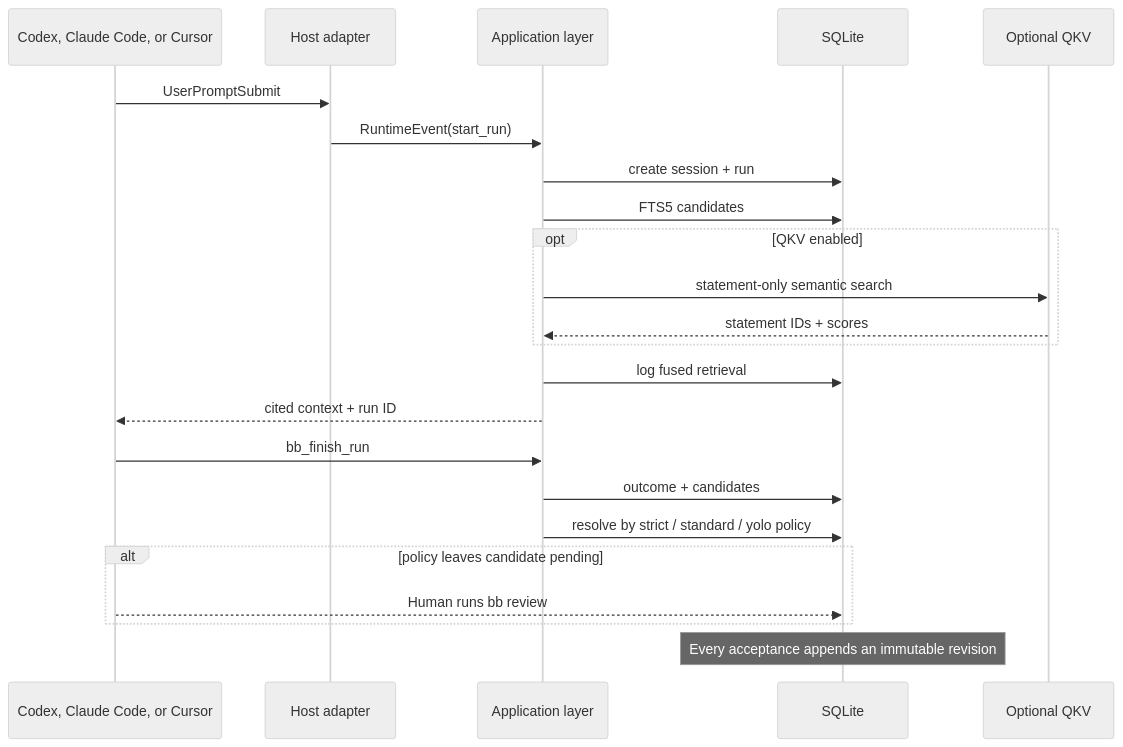
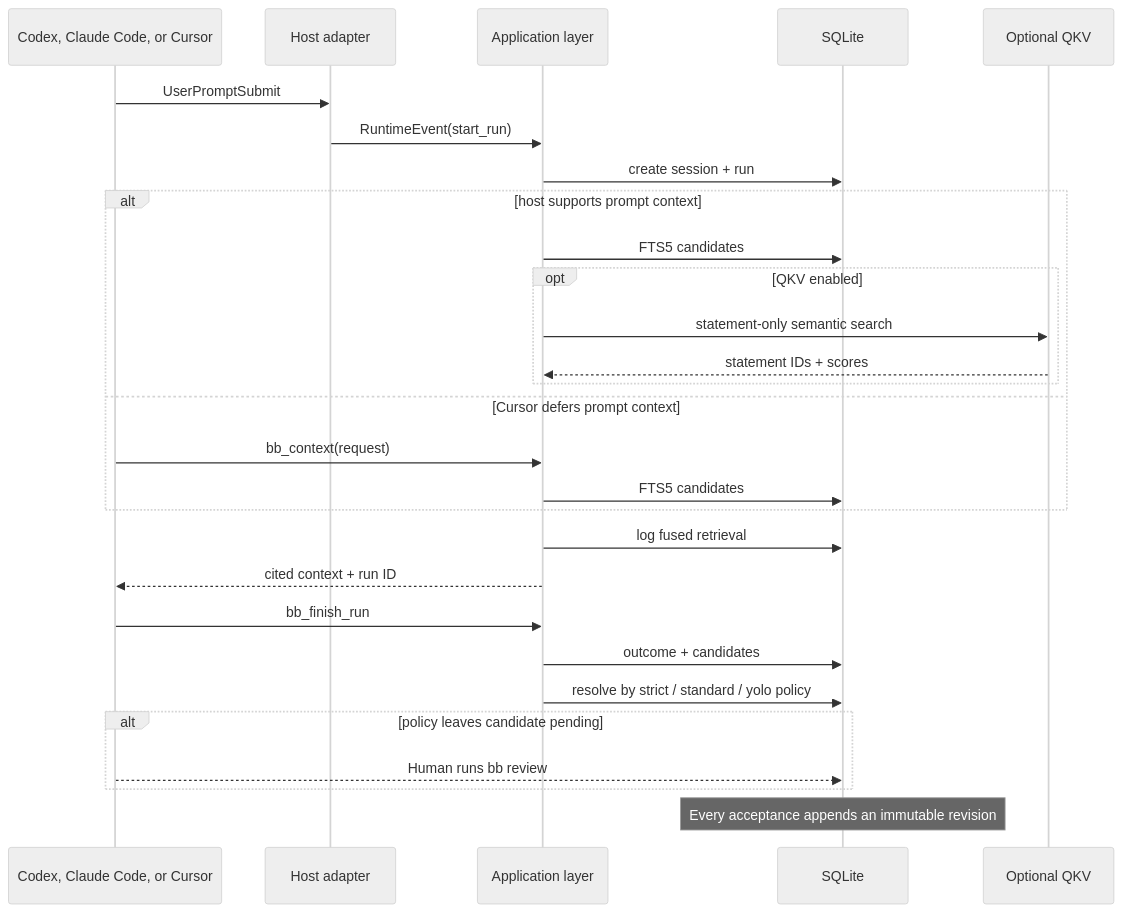
The second of 2 diagrams in docs/ARCHITECTURE.md (BreadBowlAI/bb-code), drawn with Mermaid (neutral theme) before and after one commit. The commit also changed other lines of this file and 33 other files, not shown here.

````diff
--- a/docs/ARCHITECTURE.md
+++ b/docs/ARCHITECTURE.md
@@ -91,26 +109,31 @@
 ```mermaid
 sequenceDiagram
   participant Host as Codex, Claude Code, or Cursor
   participant Adapter as Host adapter
   participant App as Application layer
   participant DB as SQLite
   participant QKV as Optional QKV
 
   Host->>Adapter: UserPromptSubmit
   Adapter->>App: RuntimeEvent(start_run)
   App->>DB: create session + run
-  App->>DB: FTS5 candidates
-  opt QKV enabled
-    App->>QKV: statement-only semantic search
-    QKV-->>App: statement IDs + scores
+  alt host supports prompt context
+    App->>DB: FTS5 candidates
+    opt QKV enabled
+      App->>QKV: statement-only semantic search
+      QKV-->>App: statement IDs + scores
+    end
+  else Cursor defers prompt context
+    Host->>App: bb_context(request)
+    App->>DB: FTS5 candidates
   end
   App->>DB: log fused retrieval
   App-->>Host: cited context + run ID
   Host->>App: bb_finish_run
   App->>DB: outcome + candidates
   App->>DB: resolve by strict / standard / yolo policy
   alt policy leaves candidate pending
     Host-->>DB: Human runs bb review
   end
   Note over DB: Every acceptance appends an immutable revision
 ```
````
